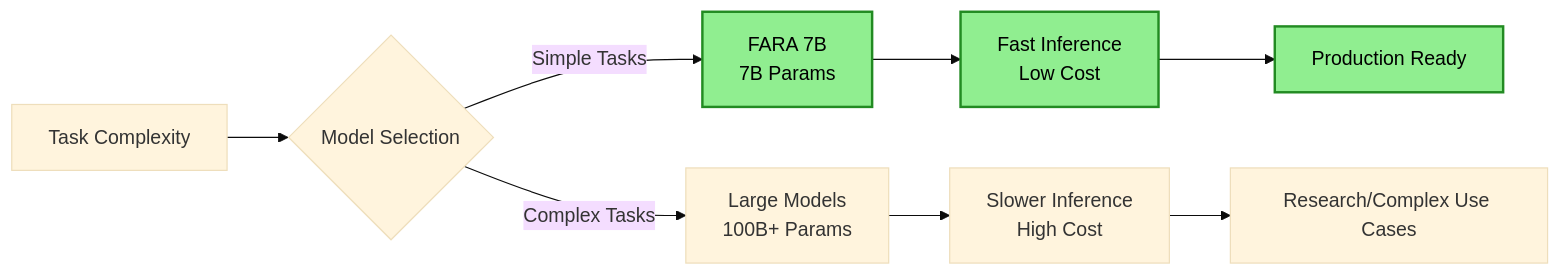
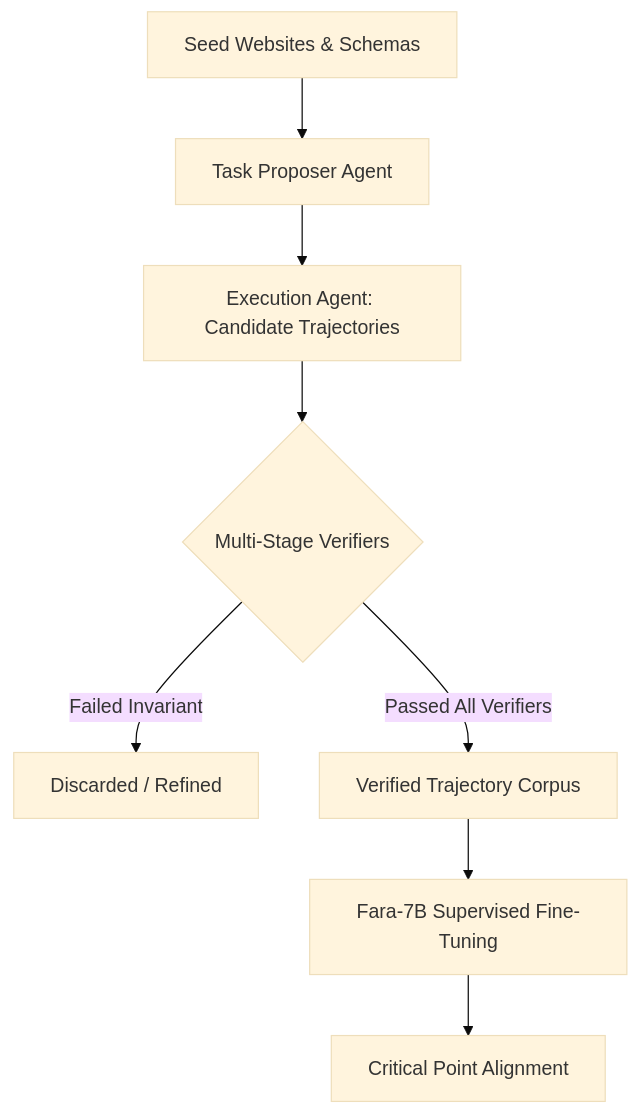
Before and after one commit to akillness/akillness.github.io: the first of 2 diagrams in _posts/2025/11/2025-11-24-microsoft-fara-7b-efficient-agentic-computer-use.md, drawn with Mermaid (base theme). The commit also changed other lines of this file and 1 other file, not shown here.

Commit message:
archive(dev): rebuild microsoft-fara-7b-efficient-agentic-computer-use from 2025-11 note

````diff
--- a/_posts/2025/11/2025-11-24-microsoft-fara-7b-efficient-agentic-computer-use.md
+++ b/_posts/2025/11/2025-11-24-microsoft-fara-7b-efficient-agentic-computer-use.md
@@ -403,17 +26,10 @@
 ```mermaid
-graph LR
-    A[Task Complexity] --> B{Model Selection}
-    
-    B -->|Simple Tasks| C[FARA 7B<br/>7B Params]
-    B -->|Complex Tasks| D[Large Models<br/>100B+ Params]
-    
-    C --> E[Fast Inference<br/>Low Cost]
-    D --> F[Slower Inference<br/>High Cost]
-    
-    E --> G[Production Ready]
-    F --> H[Research/Complex Use Cases]
-    
-    style C fill:#90ee90,stroke:#228b22,stroke-width:2px,color:#000
-    style E fill:#90ee90,stroke:#228b22,stroke-width:2px,color:#000
-    style G fill:#90ee90,stroke:#228b22,stroke-width:2px,color:#000
+graph TD
+    A[Seed Websites & Schemas] --> B[Task Proposer Agent]
+    B --> C[Execution Agent: Candidate Trajectories]
+    C --> D{Multi-Stage Verifiers}
+    D -- Failed Invariant --> E[Discarded / Refined]
+    D -- Passed All Verifiers --> F[Verified Trajectory Corpus]
+    F --> G[Fara-7B Supervised Fine-Tuning]
+    G --> H[Critical Point Alignment]
 ```
````
